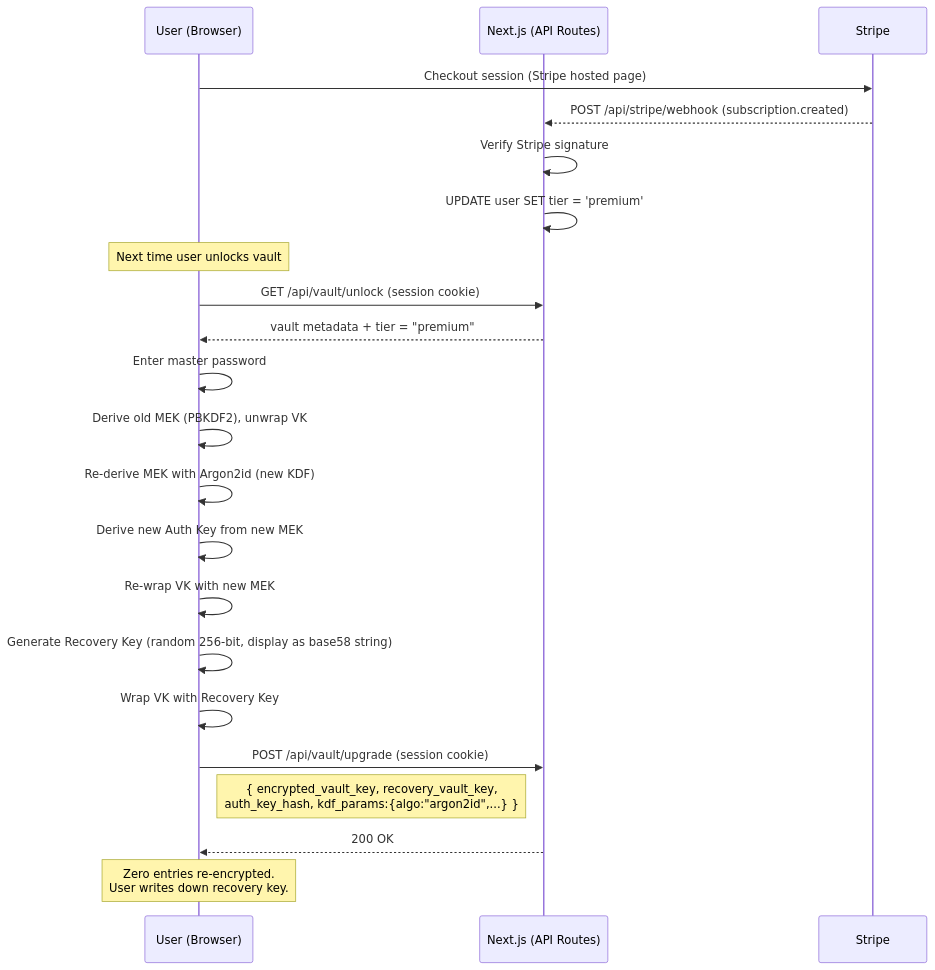
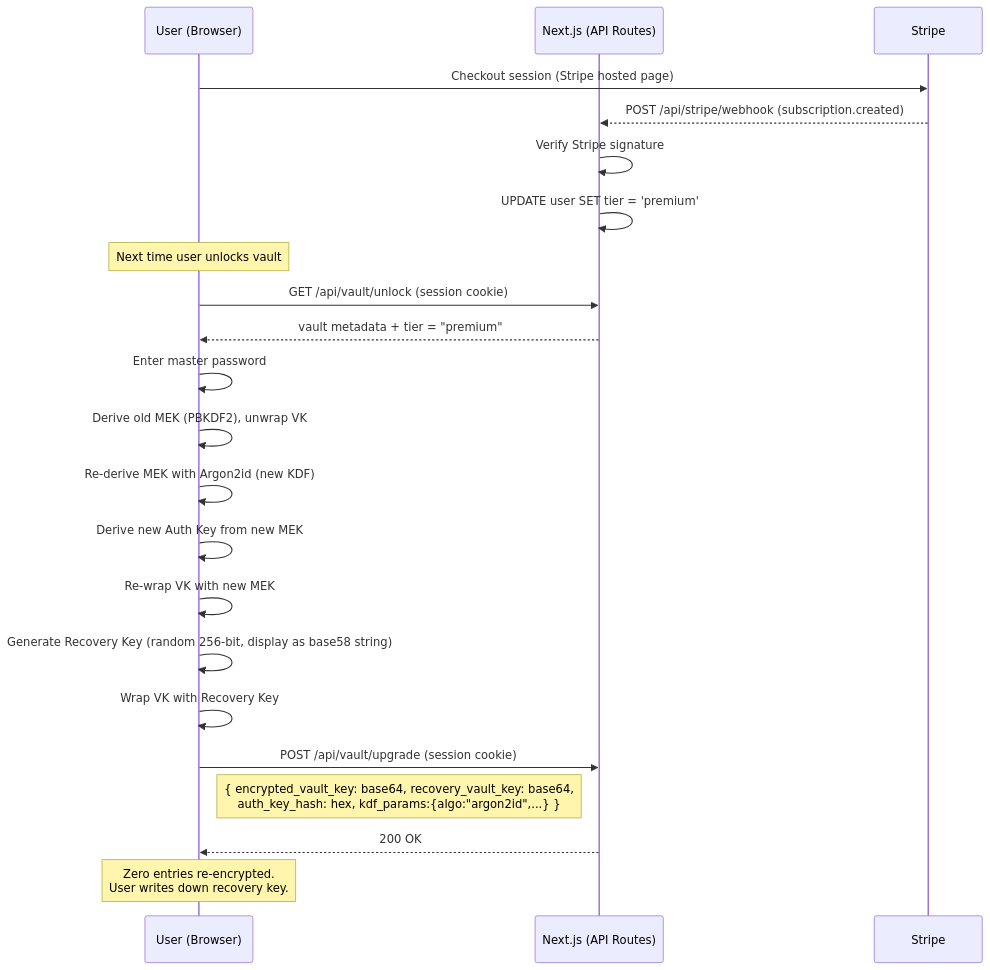
Before and after one commit to kunalsinghdadhwal/lockr: the eighth of 8 diagrams in docs/ARCHITECTURE.md, drawn with Mermaid. The commit also changed other lines of this file, not shown here.

````diff
--- a/docs/ARCHITECTURE.md
+++ b/docs/ARCHITECTURE.md
@@ -404,30 +425,30 @@
 ```mermaid
 sequenceDiagram
     participant U as User (Browser)
     participant N as Next.js (API Routes)
     participant S as Stripe
 
     U->>S: Checkout session (Stripe hosted page)
     S-->>N: POST /api/stripe/webhook (subscription.created)
     N->>N: Verify Stripe signature
     N->>N: UPDATE user SET tier = 'premium'
 
     Note over U: Next time user unlocks vault
     U->>N: GET /api/vault/unlock (session cookie)
     N-->>U: vault metadata + tier = "premium"
 
     U->>U: Enter master password
     U->>U: Derive old MEK (PBKDF2), unwrap VK
 
     U->>U: Re-derive MEK with Argon2id (new KDF)
     U->>U: Derive new Auth Key from new MEK
     U->>U: Re-wrap VK with new MEK
     U->>U: Generate Recovery Key (random 256-bit, display as base58 string)
     U->>U: Wrap VK with Recovery Key
 
     U->>N: POST /api/vault/upgrade (session cookie)
-    Note right of U: { encrypted_vault_key, recovery_vault_key,<br/>auth_key_hash, kdf_params:{algo:"argon2id",...} }
+    Note right of U: { encrypted_vault_key: base64, recovery_vault_key: base64,<br/>auth_key_hash: hex, kdf_params:{algo:"argon2id",...} }
     N-->>U: 200 OK
 
     Note over U: Zero entries re-encrypted.<br/>User writes down recovery key.
 ```
````
